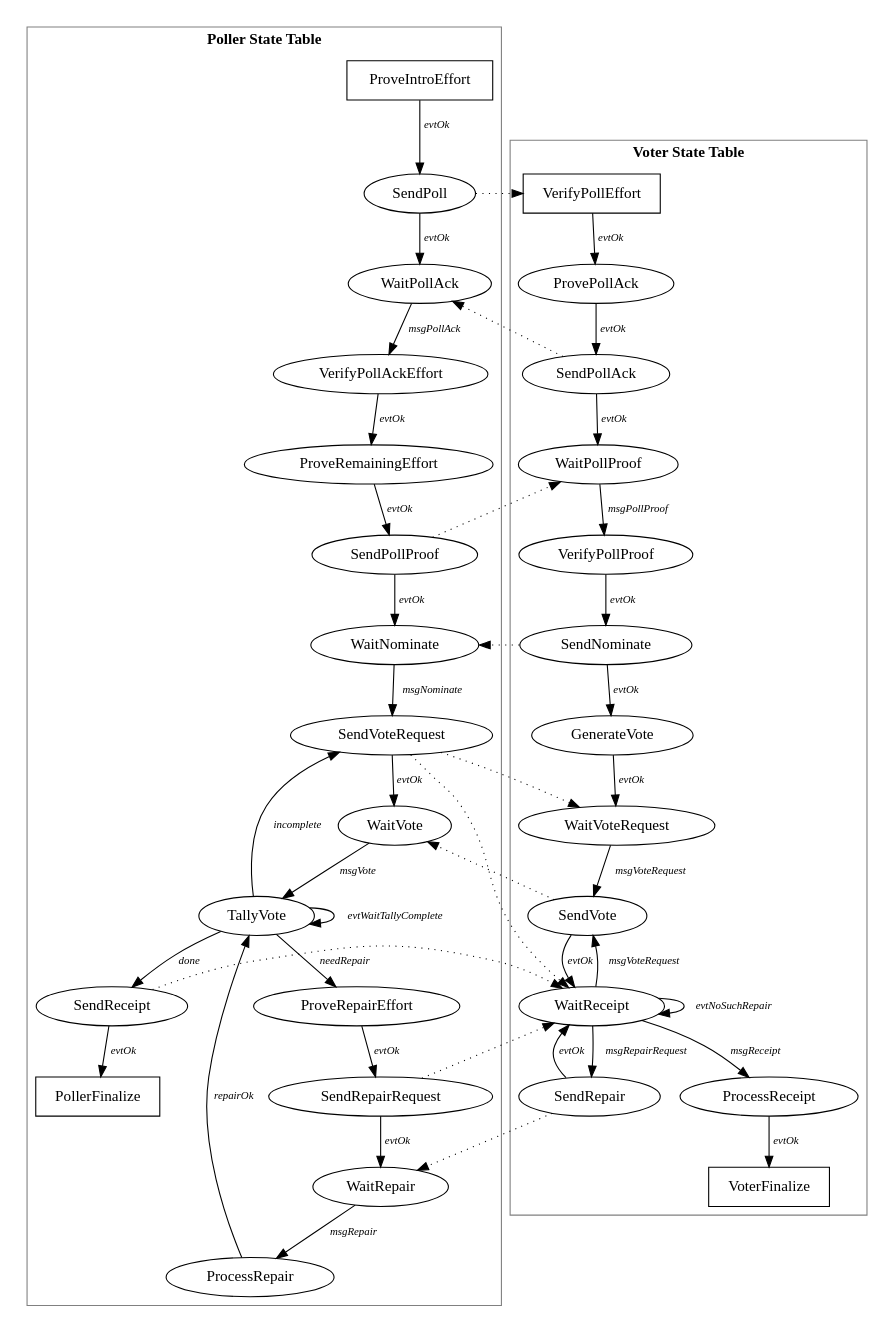
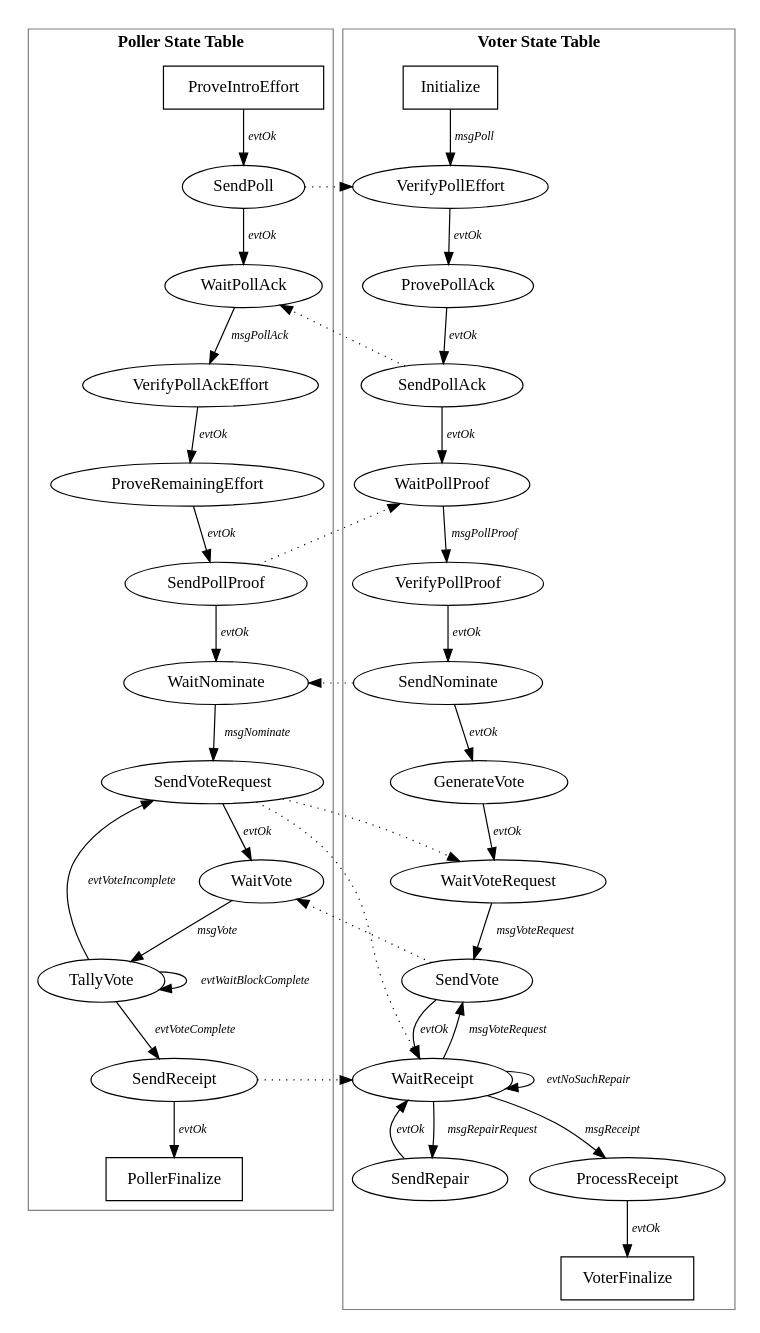
The diagram in src/org/lockss/poller/v3/states.dot (lockss/lockss-daemon), drawn with Graphviz before and after one commit.

Commit message:
States.dot now accurately reflects V3 polling.

```diff
--- a/src/org/lockss/poller/v3/states.dot
+++ b/src/org/lockss/poller/v3/states.dot
@@ -1,111 +1,105 @@
 /* -*- Mode: C -*- */
 /*
- * $Id: states.dot,v 1.5 2006-01-12 03:13:30 smorabito Exp $
+ * $Id: states.dot,v 1.6 2007-03-19 19:57:19 smorabito Exp $
  */
 /*
 Copyright (c) 2000-2005 Board of Trustees of Leland Stanford Jr. University,
 all rights reserved.
 
 Permission is hereby granted, free of charge, to any person obtaining a copy
 of this software and associated documentation files (the "Software"), to deal
 in the Software without restriction, including without limitation the rights
 to use, copy, modify, merge, publish, distribute, sublicense, and/or sell
 copies of the Software, and to permit persons to whom the Software is
 furnished to do so, subject to the following conditions:
 
 The above copyright notice and this permission notice shall be included in
 all copies or substantial portions of the Software.
 
 THE SOFTWARE IS PROVIDED "AS IS", WITHOUT WARRANTY OF ANY KIND, EXPRESS OR
 IMPLIED, INCLUDING BUT NOT LIMITED TO THE WARRANTIES OF MERCHANTABILITY,
 FITNESS FOR A PARTICULAR PURPOSE AND NONINFRINGEMENT.  IN NO EVENT SHALL
 STANFORD UNIVERSITY BE LIABLE FOR ANY CLAIM, DAMAGES OR OTHER LIABILITY,
 WHETHER IN AN ACTION OF CONTRACT, TORT OR OTHERWISE, ARISING FROM, OUT OF OR
 IN CONNECTION WITH THE SOFTWARE OR THE USE OR OTHER DEALINGS IN THE SOFTWARE.
 
 Except as contained in this notice, the name of Stanford University shall not
 be used in advertising or otherwise to promote the sale, use or other dealings
 in this Software without prior written authorization from Stanford University.
 */
 
 /*
  * State diagrams of V3 polling protocol.
  *
  * To generate postscript, run    dot -Tps -o <outfile>.ps states.dot
  */
 
 digraph StateMachine {
   edge [fontname="Times-Italic"];
   node [fontname="Times-Roman"];
 
   subgraph cluster0 {
     color=grey;
     fontname="Times-Bold";
     fontsize="14";
     label="Poller State Table";
 
     ProveIntroEffort [shape=box];
     PollerFinalize [shape=box];
 
     ProveIntroEffort -> SendPoll [label="evtOk",fontsize="10"];
     SendPoll -> WaitPollAck [label="evtOk",fontsize="10"];
     WaitPollAck -> VerifyPollAckEffort [label="msgPollAck",fontsize="10"];
     VerifyPollAckEffort -> ProveRemainingEffort [label="evtOk",fontsize="10"];
     ProveRemainingEffort -> SendPollProof [label="evtOk",fontsize="10"];
     SendPollProof -> WaitNominate [label="evtOk",fontsize="10"];
     WaitNominate -> SendVoteRequest [label="msgNominate",fontsize="10"];
+    SendVoteRequest -> WaitVote [label="evtOk",fontsize="10"];
     WaitVote -> TallyVote [label="msgVote",fontsize="10"];
-    TallyVote -> TallyVote [label="evtWaitTallyComplete",fontsize="10"];
-    TallyVote -> SendVoteRequest [label="incomplete",fontsize="10"];
-    SendVoteRequest -> WaitVote [label="evtOk",fontsize="10"];
-    TallyVote -> ProveRepairEffort [label="needRepair",fontsize="10"];
-    TallyVote -> SendReceipt [label="done",fontsize="10"];
-    ProveRepairEffort -> SendRepairRequest [label="evtOk",fontsize="10"];
-    SendRepairRequest -> WaitRepair [label="evtOk",fontsize="10"];
-    WaitRepair -> ProcessRepair [label="msgRepair",fontsize="10"];
-    ProcessRepair -> TallyVote [label="repairOk",fontsize="10"];
+    TallyVote -> TallyVote [label="evtWaitBlockComplete",fontsize="10"];
+    TallyVote -> SendVoteRequest [label="evtVoteIncomplete",fontsize="10"];
+    TallyVote -> SendReceipt [label="evtVoteComplete",fontsize="10"];
     SendReceipt -> PollerFinalize [label="evtOk",fontsize="10"];
   }
 
   subgraph cluster1 {
     color=grey;
     fontname="Times-Bold";
     fontsize="14";
     label="Voter State Table";
 
-    VerifyPollEffort [shape=box];
+    Initialize [shape=box];
     VoterFinalize [shape=box];
 
+    Initialize -> VerifyPollEffort [label="msgPoll",fontsize="10"];
     VerifyPollEffort -> ProvePollAck [label="evtOk",fontsize="10"];
     ProvePollAck -> SendPollAck [label="evtOk",fontsize="10"];
     SendPollAck -> WaitPollProof [label="evtOk",fontsize="10"];
     WaitPollProof -> VerifyPollProof [label="msgPollProof",fontsize="10"];
     VerifyPollProof -> SendNominate [label="evtOk",fontsize="10"];
     SendNominate -> GenerateVote [label="evtOk",fontsize="10"];   
     GenerateVote -> WaitVoteRequest [label="evtOk",fontsize="10"];
     WaitVoteRequest -> SendVote [label="msgVoteRequest",fontsize="10"];
     SendVote -> WaitReceipt [label="evtOk",fontsize="10"];
     WaitReceipt -> SendVote [label="msgVoteRequest",fontsize="10"];
     WaitReceipt -> SendRepair [label="msgRepairRequest",fontsize="10"];
     WaitReceipt -> ProcessReceipt [label="msgReceipt",fontsize="10"];
     WaitReceipt -> WaitReceipt [label="evtNoSuchRepair",fontsize="10"];
     SendRepair -> WaitReceipt [label="evtOk",fontsize="10"];
     ProcessReceipt -> VoterFinalize [label="evtOk",fontsize="10"];
   }
 
   center=true;
 
   page="8.5,11";
   size="7.5,10";
 
   SendPoll -> VerifyPollEffort [style=dotted];
   SendPollAck -> WaitPollAck [style=dotted];
   SendNominate -> WaitNominate [style=dotted];
   SendVote -> WaitVote [style=dotted];
   SendVoteRequest -> WaitVoteRequest [style=dotted];
   SendVoteRequest -> WaitReceipt [style=dotted];
   SendPollProof -> WaitPollProof [style=dotted];
   SendReceipt -> WaitReceipt [style=dotted];
-  SendRepairRequest -> WaitReceipt [style=dotted];
-  SendRepair -> WaitRepair [style=dotted];
 }
```
